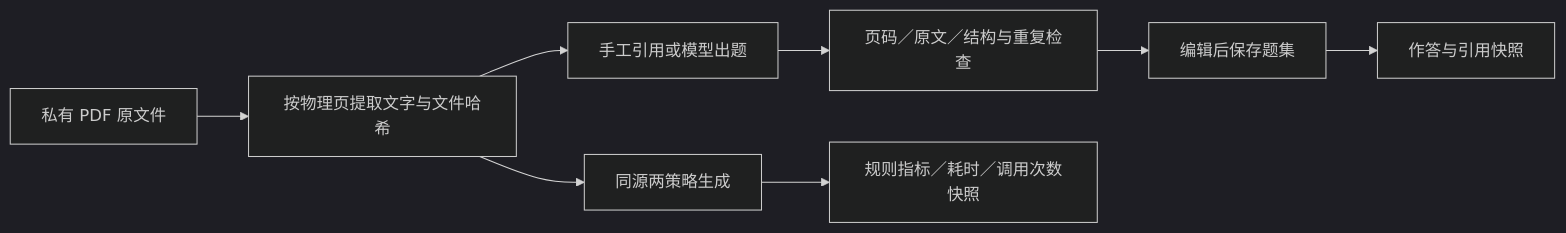
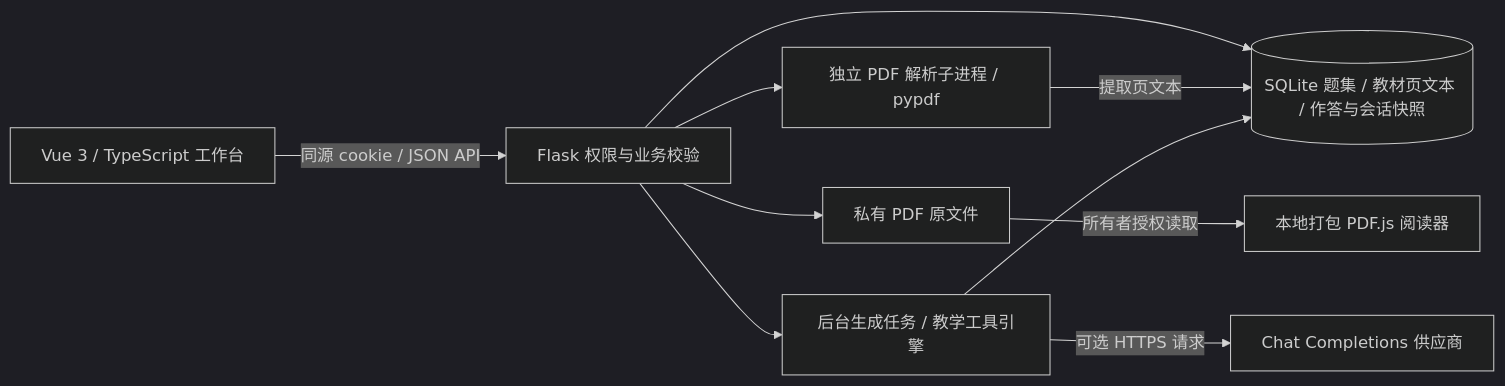
One commit to Zhong0118/examSetting changed the diagram in README.md. Above: the diagram before and after it, drawn with Mermaid (dark theme). The commit also changed other lines of this file and 18 other files, not shown here.

````diff
--- a/README.md
+++ b/README.md
@@ -93,10 +67,12 @@
 ```mermaid
 flowchart LR
-    PDF[私有 PDF 原文件] --> Pages[按物理页提取文字与文件哈希]
-    Pages --> Questions[手工引用或模型出题]
-    Questions --> Check[页码／原文／结构与重复检查]
-    Check --> Set[编辑后保存题集]
-    Set --> History[作答与引用快照]
-    Pages --> Compare[同源两策略生成]
-    Compare --> Evaluation[规则指标／耗时／调用次数快照]
+    UI[Vue 3 / TypeScript 工作台] -->|同源 cookie / JSON API| API[Flask 权限与业务校验]
+    API --> DB[(SQLite 题集 / 教材页文本 / 作答与会话快照)]
+    API --> PDF[独立 PDF 解析子进程 / pypdf]
+    PDF -->|提取页文本| DB
+    API --> Files[私有 PDF 原文件]
+    API --> Tasks[后台生成任务 / 教学工具引擎]
+    Tasks --> DB
+    Tasks -->|可选 HTTPS 请求| Model[Chat Completions 供应商]
+    Files -->|所有者授权读取| Viewer[本地打包 PDF.js 阅读器]
 ```
````
